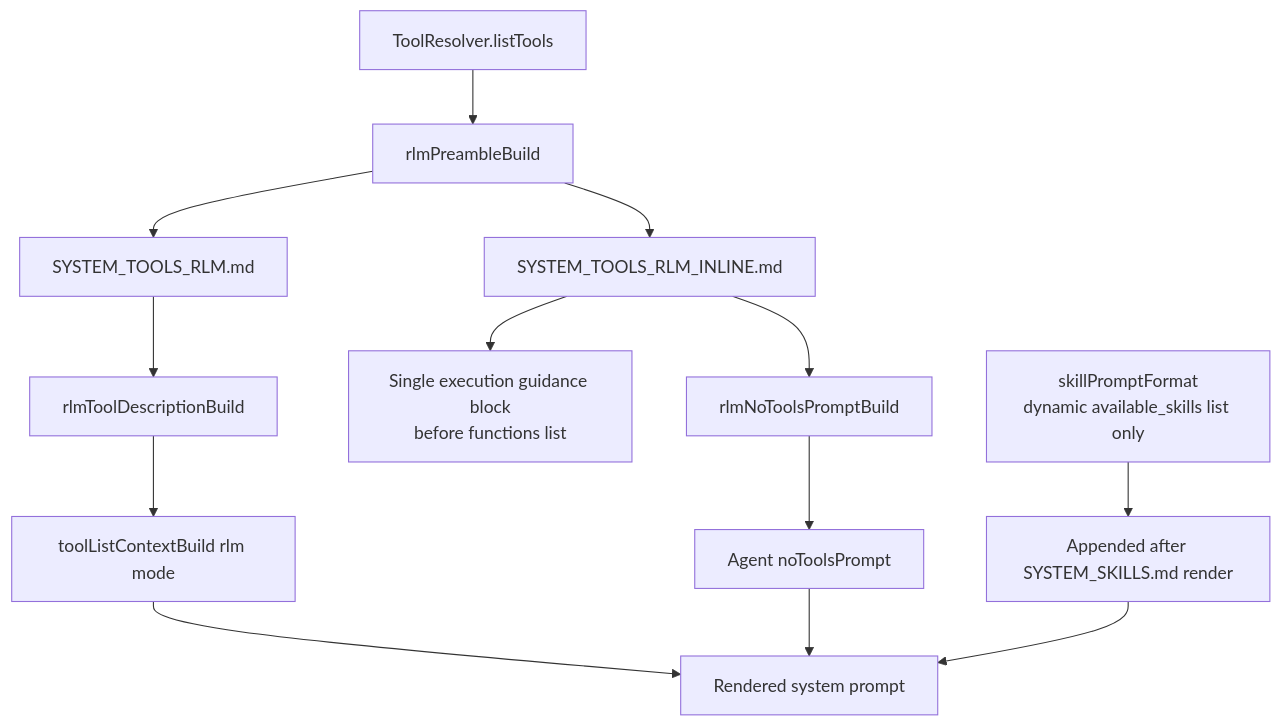
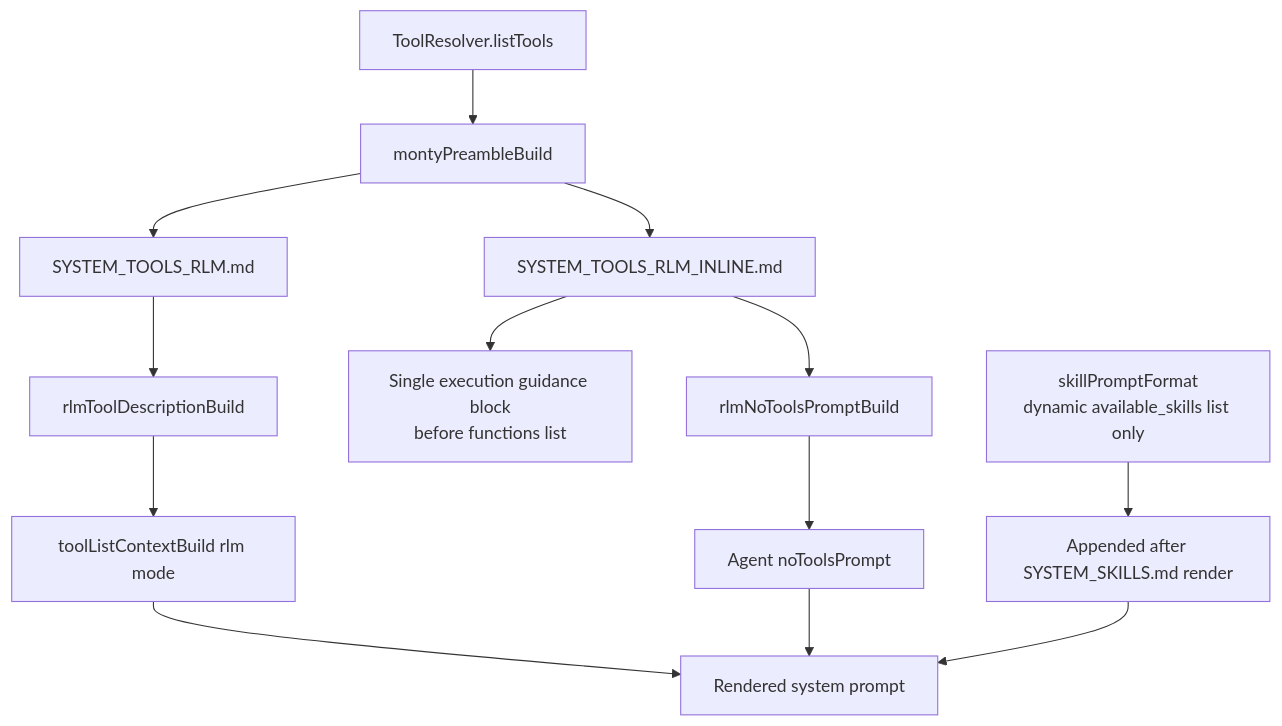
The diagram in doc/internals/prompt-tools-restructure.md (ex3ndr-bot/daycare), drawn with Mermaid before and after one commit. The commit also changed 13 other files, not shown here.

Commit message:
refactor(monty): move python preamble out of rlm

````diff
--- a/doc/internals/prompt-tools-restructure.md
+++ b/doc/internals/prompt-tools-restructure.md
@@ -13,15 +13,15 @@
 ```mermaid
 flowchart TD
-  A[ToolResolver.listTools] --> B[rlmPreambleBuild]
+  A[ToolResolver.listTools] --> B[montyPreambleBuild]
   B --> C[SYSTEM_TOOLS_RLM.md]
   B --> D[SYSTEM_TOOLS_RLM_INLINE.md]
   D --> D1[Single execution guidance block<br/>before functions list]
   C --> E[rlmToolDescriptionBuild]
   D --> F[rlmNoToolsPromptBuild]
   E --> G[toolListContextBuild rlm mode]
   F --> H[Agent noToolsPrompt]
   I[skillPromptFormat<br/>dynamic available_skills list only] --> J[Appended after SYSTEM_SKILLS.md render]
   G --> K[Rendered system prompt]
   H --> K
   J --> K
 ```
````
